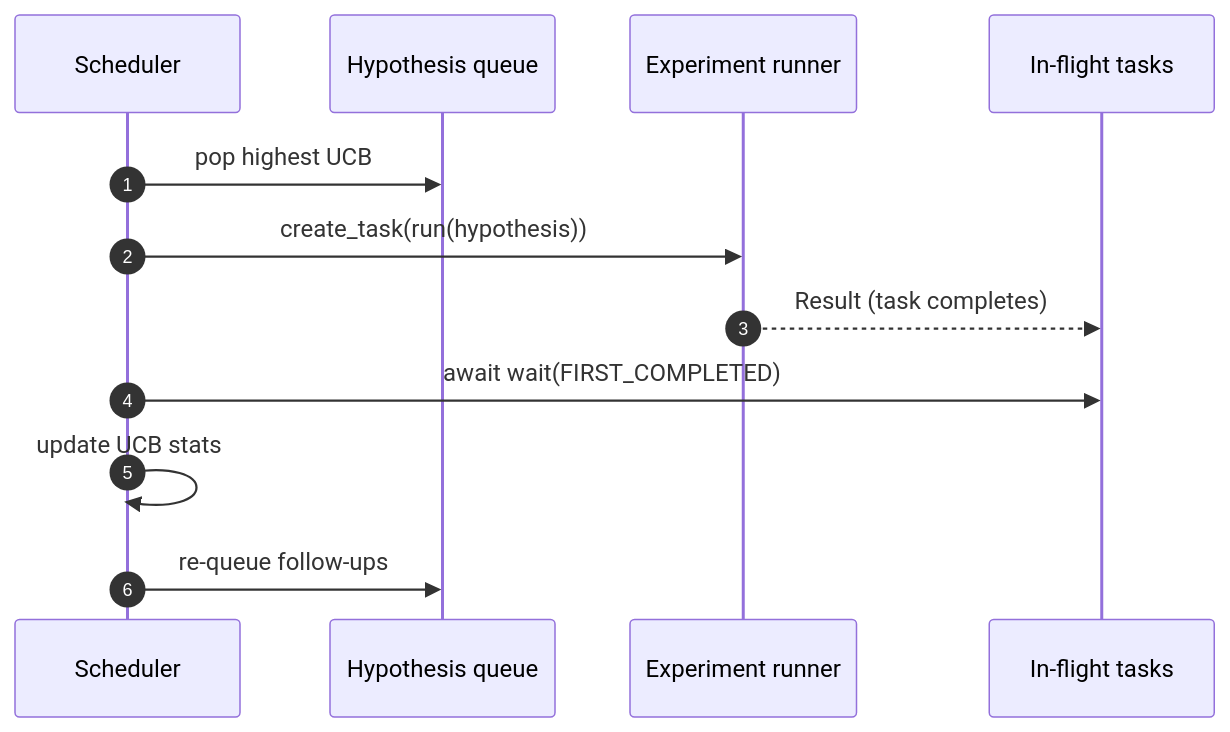
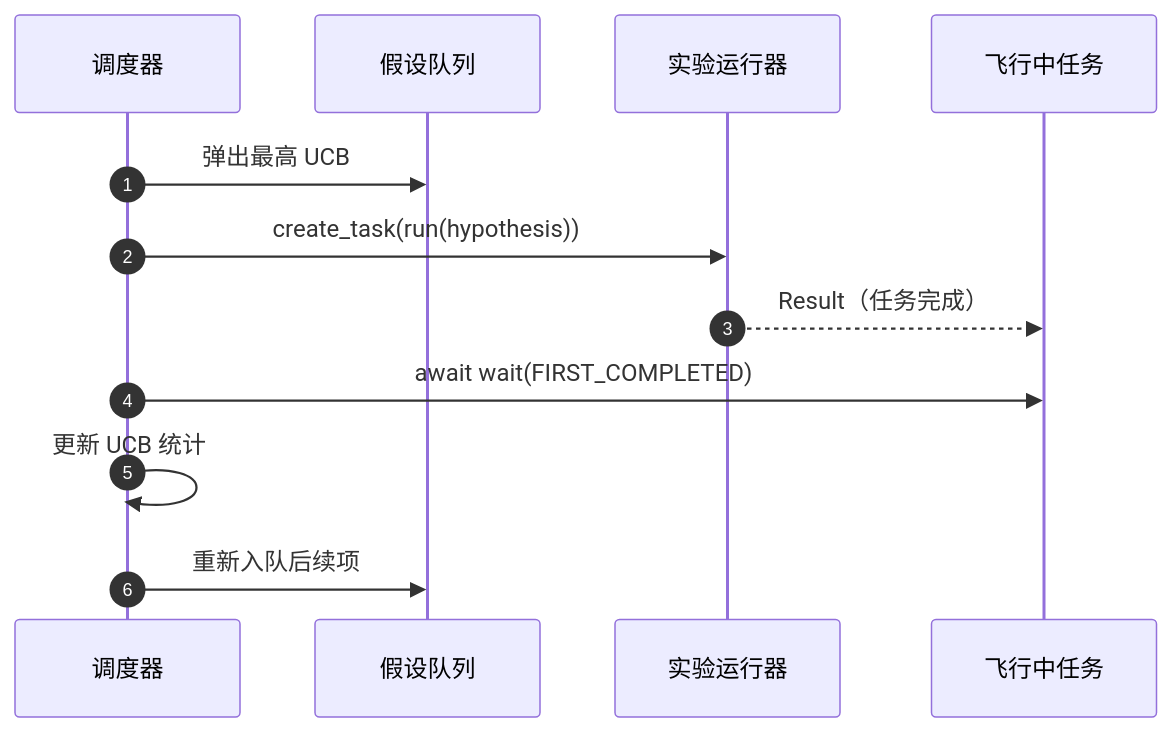
One commit to cq0206/ai-engineering-from-scratch changed the third of 3 diagrams in phases/19-capstone-projects/56-iteration-scheduler.md. Above: the diagram before and after it, drawn with Mermaid. The commit also changed other lines of this file and 150 other files, not shown here.

````diff
--- a/phases/19-capstone-projects/56-iteration-scheduler.md
+++ b/phases/19-capstone-projects/56-iteration-scheduler.md
@@ -72,14 +72,14 @@
 ```mermaid
 sequenceDiagram
     autonumber
-    participant S as Scheduler
-    participant Q as Hypothesis queue
-    participant R as Experiment runner
-    participant T as In-flight tasks
-    S->>Q: pop highest UCB
+    participant S as 调度器
+    participant Q as 假设队列
+    participant R as 实验运行器
+    participant T as 飞行中任务
+    S->>Q: 弹出最高 UCB
     S->>R: create_task(run(hypothesis))
-    R-->>T: Result (task completes)
+    R-->>T: Result（任务完成）
     S->>T: await wait(FIRST_COMPLETED)
-    S->>S: update UCB stats
-    S->>Q: re-queue follow-ups
+    S->>S: 更新 UCB 统计
+    S->>Q: 重新入队后续项
 ```
````
